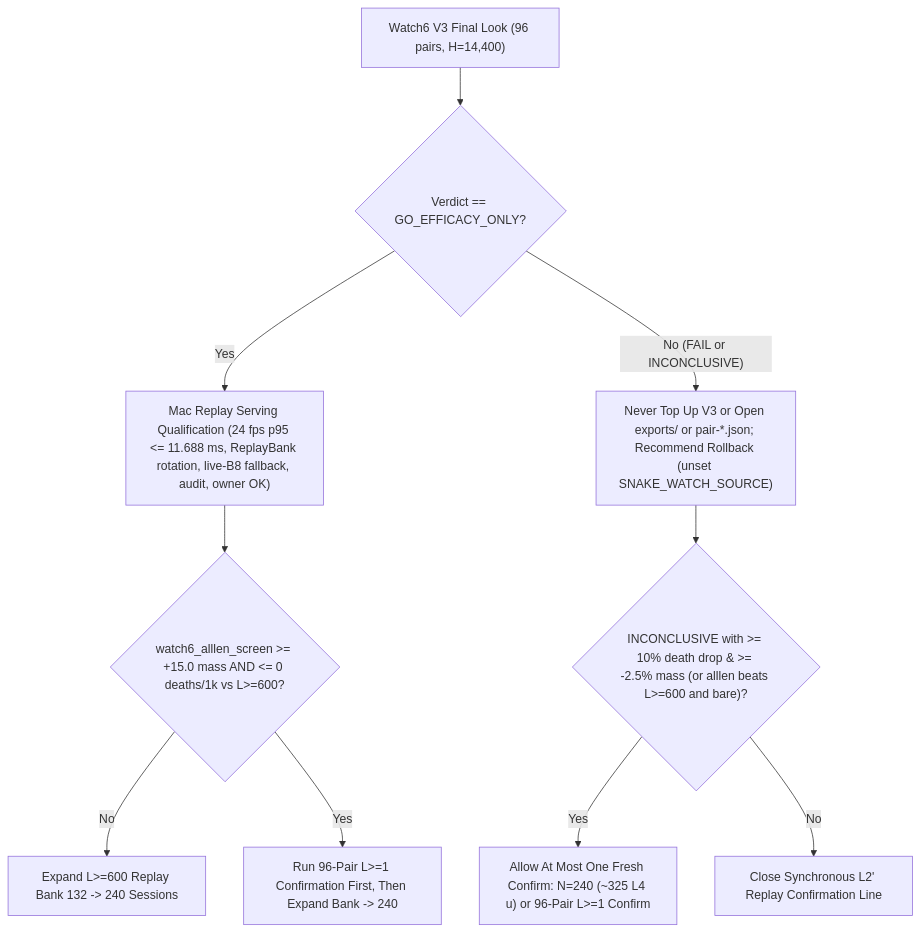
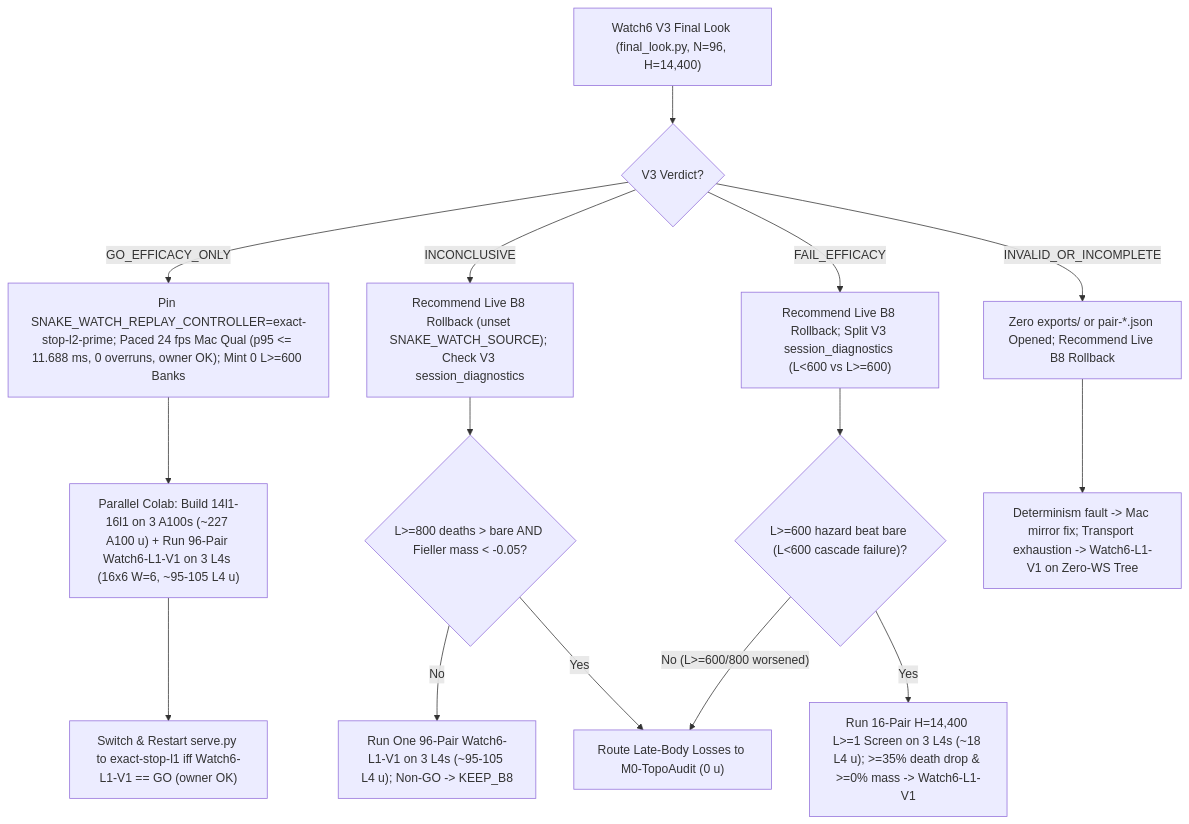
Before and after one commit to josenunezwork/snake-dqn: the diagram in docs/research/ROADMAP.md, drawn with Mermaid. The commit also changed other lines of this file, not shown here.

Commit message:
Update research ROADMAP.md with Round-03 synthesis (advice, not decisions)

````diff
--- a/docs/research/ROADMAP.md
+++ b/docs/research/ROADMAP.md
@@ -51,12 +74,17 @@
 ```mermaid
 flowchart TD
-    V3["Watch6 V3 Final Look (96 pairs, H=14,400)"] --> GO{"Verdict == GO_EFFICACY_ONLY?"}
-    GO -- "Yes" --> QUAL["Mac Replay Serving Qualification (24 fps p95 <= 11.688 ms, ReplayBank rotation, live-B8 fallback, audit, owner OK)"]
-    QUAL --> ALLLEN_GO{"watch6_alllen_screen >= +15.0 mass AND <= 0 deaths/1k vs L>=600?"}
-    ALLLEN_GO -- "No" --> BANK240["Expand L>=600 Replay Bank 132 -> 240 Sessions"]
-    ALLLEN_GO -- "Yes" --> CONF_L1["Run 96-Pair L>=1 Confirmation First, Then Expand Bank -> 240"]
-    GO -- "No (FAIL or INCONCLUSIVE)" --> SEAL["Never Top Up V3 or Open exports/ or pair-*.json; Recommend Rollback (unset SNAKE_WATCH_SOURCE)"]
-    SEAL --> INC{"INCONCLUSIVE with >= 10% death drop & >= -2.5% mass (or alllen beats L>=600 and bare)?"}
-    INC -- "Yes" --> FOLLOW["Allow At Most One Fresh Confirm: N=240 (~325 L4 u) or 96-Pair L>=1 Confirm"]
-    INC -- "No" --> STOP_V3["Close Synchronous L2' Replay Confirmation Line"]
+    V3["Watch6 V3 Final Look (final_look.py, N=96, H=14,400)"] --> VERDICT{"V3 Verdict?"}
+    VERDICT -- "GO_EFFICACY_ONLY" --> PIN["Pin SNAKE_WATCH_REPLAY_CONTROLLER=exact-stop-l2-prime; Paced 24 fps Mac Qual (p95 <= 11.688 ms, 0 overruns, owner OK); Mint 0 L>=600 Banks"]
+    PIN --> PAR["Parallel Colab: Build 14l1-16l1 on 3 A100s (~227 A100 u) + Run 96-Pair Watch6-L1-V1 on 3 L4s (16x6 W=6, ~95-105 L4 u)"]
+    PAR --> SWITCH["Switch & Restart serve.py to exact-stop-l1 iff Watch6-L1-V1 == GO (owner OK)"]
+    VERDICT -- "INCONCLUSIVE" --> INC_RB["Recommend Live B8 Rollback (unset SNAKE_WATCH_SOURCE); Check V3 session_diagnostics"]
+    INC_RB --> INC_CHK{"L>=800 deaths > bare AND Fieller mass < -0.05?"}
+    INC_CHK -- "No" --> RUN_L1["Run One 96-Pair Watch6-L1-V1 on 3 L4s (~95-105 L4 u); Non-GO -> KEEP_B8"]
+    INC_CHK -- "Yes" --> TOPO["Route Late-Body Losses to M0-TopoAudit (0 u)"]
+    VERDICT -- "FAIL_EFFICACY" --> FAIL_RB["Recommend Live B8 Rollback; Split V3 session_diagnostics (L<600 vs L>=600)"]
+    FAIL_RB --> FAIL_CHK{"L>=600 hazard beat bare (L<600 cascade failure)?"}
+    FAIL_CHK -- "Yes" --> SCR16["Run 16-Pair H=14,400 L>=1 Screen on 3 L4s (~18 L4 u); >=35% death drop & >=0% mass -> Watch6-L1-V1"]
+    FAIL_CHK -- "No (L>=600/800 worsened)" --> TOPO
+    VERDICT -- "INVALID_OR_INCOMPLETE" --> INV_RB["Zero exports/ or pair-*.json Opened; Recommend Live B8 Rollback"]
+    INV_RB --> INV_FIX["Determinism fault -> Mac mirror fix; Transport exhaustion -> Watch6-L1-V1 on Zero-WS Tree"]
 ```
````
